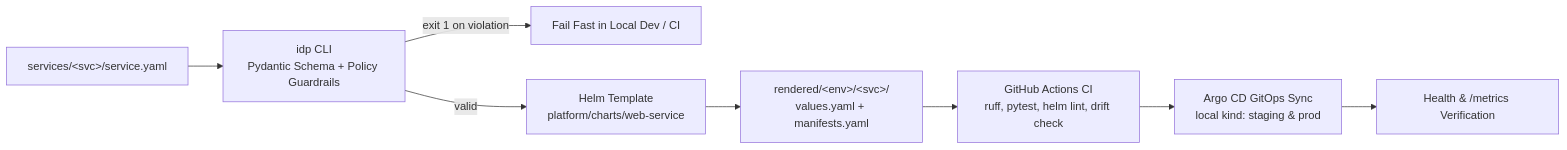
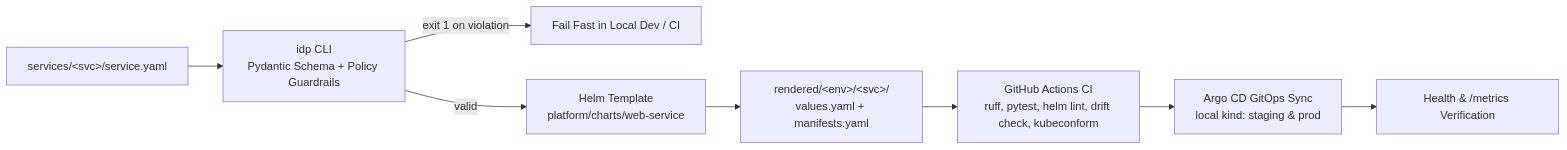
Before and after one commit to mohananarasimha/internal-developer-platform: the diagram in README.md, drawn with Mermaid. The commit also changed other lines of this file and 4 other files, not shown here.

Commit message:
ci: validate rendered manifests against Kubernetes 1.35 schemas with pinned kubeconform (#14)

````diff
--- a/README.md
+++ b/README.md
@@ -7,10 +7,10 @@
 ```mermaid
 flowchart LR
     A[services/&lt;svc&gt;/service.yaml] --> B[idp CLI<br/>Pydantic Schema + Policy Guardrails]
     B -->|exit 1 on violation| X[Fail Fast in Local Dev / CI]
     B -->|valid| C[Helm Template<br/>platform/charts/web-service]
     C --> D[rendered/&lt;env&gt;/&lt;svc&gt;/<br/>values.yaml + manifests.yaml]
-    D --> E[GitHub Actions CI<br/>ruff, pytest, helm lint, drift check]
+    D --> E[GitHub Actions CI<br/>ruff, pytest, helm lint, drift check, kubeconform]
     E --> F[Argo CD GitOps Sync<br/>local kind: staging &amp; prod]
     F --> G[Health &amp; /metrics Verification]
 ```
````
